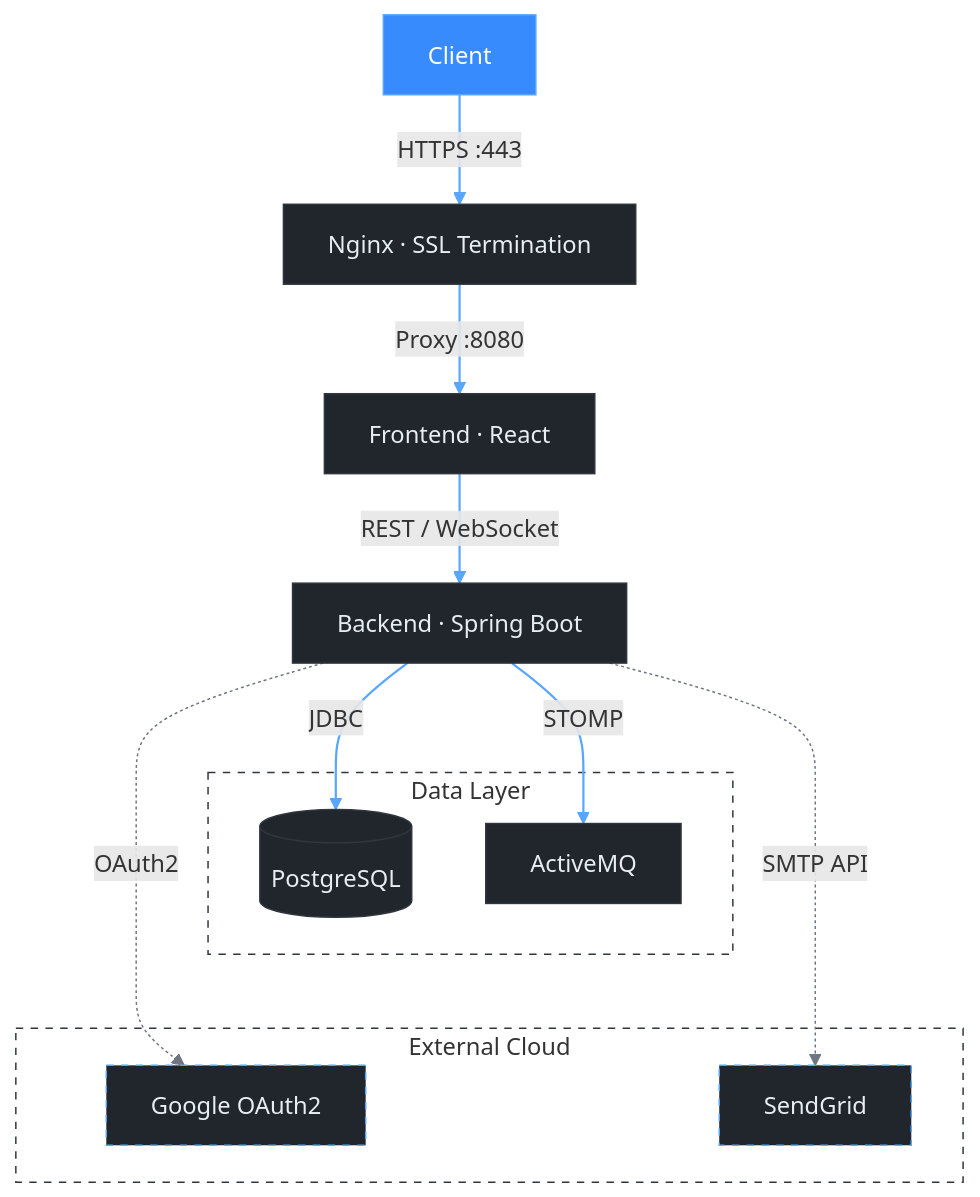
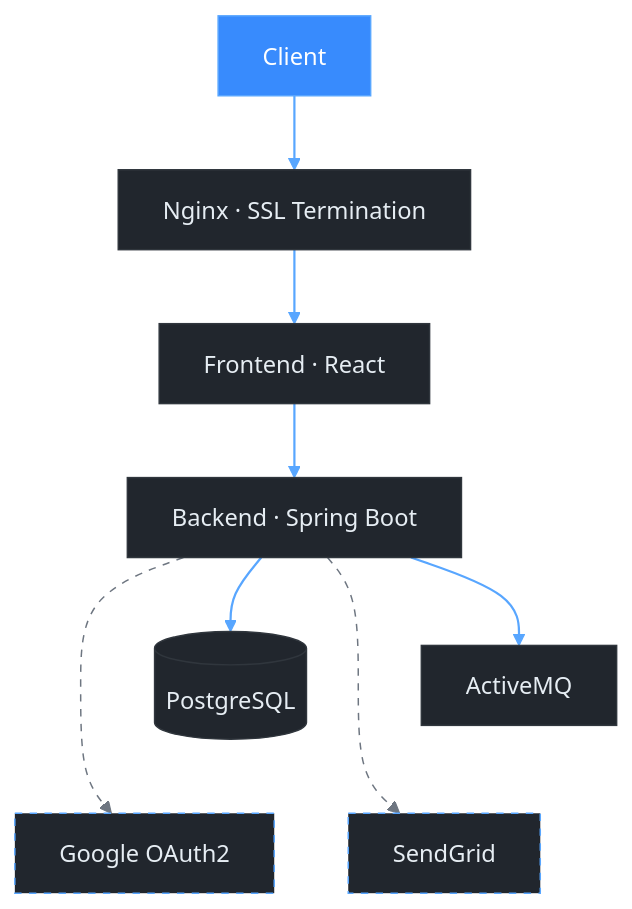
One commit to sagi-menahem/SynchBoard changed the diagram in README.md. Above: the diagram before and after it, drawn with Mermaid.

Commit message:
docs: simplify traffic flow diagram in README for improved clarity and alignment

````diff
--- a/README.md
+++ b/README.md
@@ -64,39 +64,32 @@
 ```mermaid
 flowchart TD
     %% Minimalist theme optimized for GitHub Dark Mode
     classDef default fill:#21262d,stroke:#30363d,stroke-width:1px,color:#e6edf3
     classDef accent fill:#388bfd,stroke:#58a6ff,stroke-width:1px,color:#ffffff
     classDef external fill:#21262d,stroke:#58a6ff,stroke-width:1px,color:#e6edf3,stroke-dasharray:5 5
 
     Client["Client"]:::accent
     Nginx["Nginx · SSL Termination"]
     Frontend["Frontend · React"]
     Backend["Backend · Spring Boot"]
+    Postgres[("PostgreSQL")]
+    ActiveMQ["ActiveMQ"]
+    Google["Google OAuth2"]:::external
+    SendGrid["SendGrid"]:::external
 
-    subgraph data ["Data Layer"]
-        Postgres[("PostgreSQL")]
-        ActiveMQ["ActiveMQ"]
-    end
+    Client --> Nginx
+    Nginx --> Frontend
+    Frontend --> Backend
+    Backend --> Postgres
+    Backend --> ActiveMQ
+    Backend -.-> Google
+    Backend -.-> SendGrid
 
-    subgraph cloud ["External Cloud"]
-        Google["Google OAuth2"]:::external
-        SendGrid["SendGrid"]:::external
-    end
+    %% Force side-by-side alignment: Data on left, External on right
+    Postgres ~~~ Google
+    ActiveMQ ~~~ SendGrid
 
-    Client -->|HTTPS :443| Nginx
-    Nginx -->|Proxy :8080| Frontend
-    Frontend -->|REST / WebSocket| Backend
-    Backend -->|JDBC| Postgres
-    Backend -->|STOMP| ActiveMQ
-    Backend -.->|OAuth2| Google
-    Backend -.->|SMTP API| SendGrid
-
-    %% Force external services to align horizontally with data layer
-    data ~~~ cloud
-
-    style data fill:transparent,stroke:#30363d,stroke-width:1px,stroke-dasharray:5 5
-    style cloud fill:transparent,stroke:#30363d,stroke-width:1px,stroke-dasharray:5 5
-
-    linkStyle 0,1,2,3,4 stroke:#58a6ff,stroke-width:1.5px
-    linkStyle 5,6 stroke:#6e7681,stroke-width:1px
+    linkStyle 0,1,2 stroke:#58a6ff,stroke-width:1.5px
+    linkStyle 3,4 stroke:#58a6ff,stroke-width:1.5px
+    linkStyle 5,6 stroke:#6e7681,stroke-width:1px,stroke-dasharray:5 5
 ```
````
